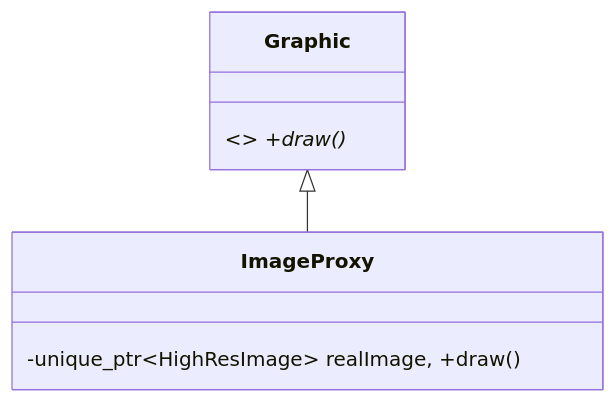
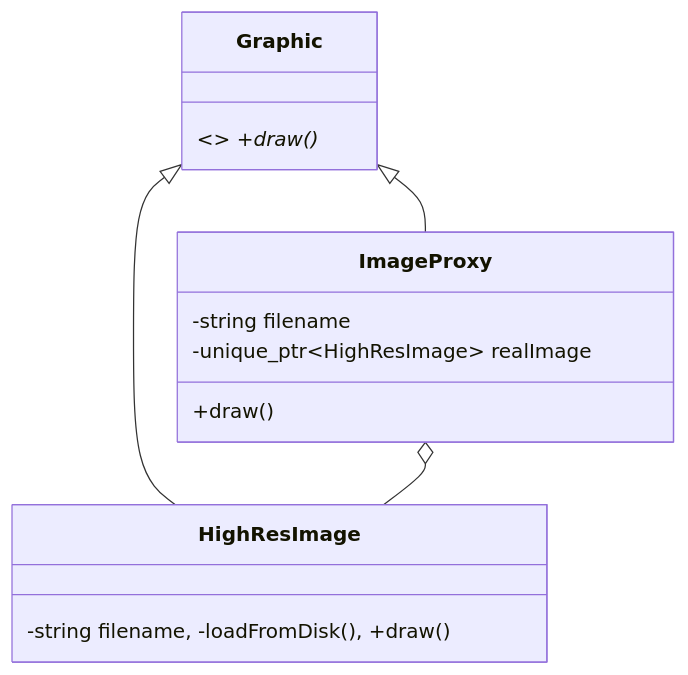
One commit to divyap271/systemDesign changed diagram 15 of 22 in readme.md. Above: the diagram before and after it, drawn with Mermaid. The commit also changed other lines of this file, not shown here.

````diff
--- a/readme.md
+++ b/readme.md
@@ -199,6 +400,13 @@
 ```mermaid
 classDiagram
     class Graphic { <<interface>> +draw()* }
-    class ImageProxy { -unique_ptr~HighResImage~ realImage, +draw() }
+    class HighResImage { -string filename, -loadFromDisk(), +draw() }
+    class ImageProxy {
+        -string filename
+        -unique_ptr~HighResImage~ realImage
+        +draw()
+    }
+    Graphic <|-- HighResImage
     Graphic <|-- ImageProxy
+    ImageProxy o-- HighResImage
 ```
````
